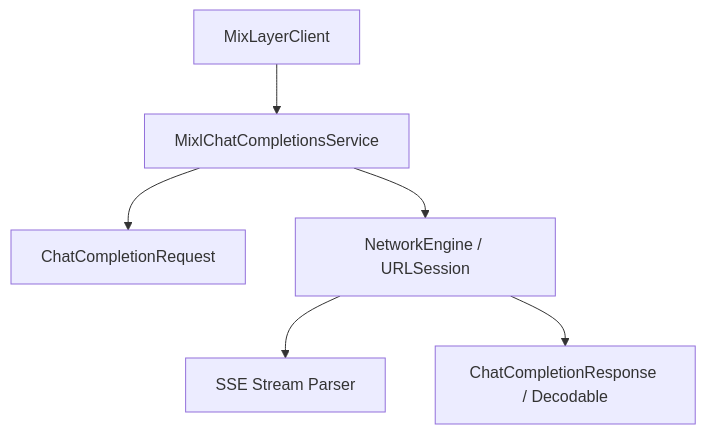
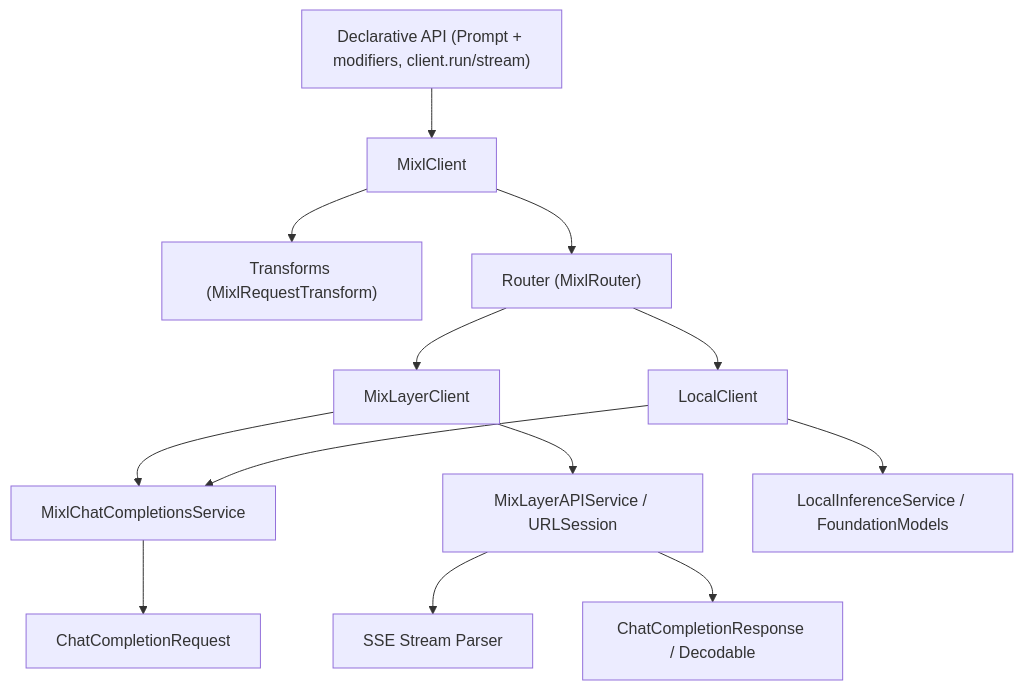
Before and after one commit to mutantsoup/mixl-swift: the diagram in AGENTS.md, drawn with Mermaid. The commit also changed other lines of this file and 14 other files, not shown here.

````diff
--- a/AGENTS.md
+++ b/AGENTS.md
@@ -28,8 +30,15 @@
 ```mermaid
 graph TD
-    Client[MixLayerClient] --> ChatService[MixlChatCompletionsService]
+    Declarative["Declarative API (Prompt + modifiers, client.run/stream)"] --> Orchestrator
+    Orchestrator[MixlClient] --> Transforms["Transforms (MixlRequestTransform)"]
+    Orchestrator --> Router["Router (MixlRouter)"]
+    Router --> Cloud[MixLayerClient]
+    Router --> Local[LocalClient]
+    Cloud --> ChatService[MixlChatCompletionsService]
+    Local --> ChatService
     ChatService --> RequestModel[ChatCompletionRequest]
-    ChatService --> NetworkEngine[NetworkEngine / URLSession]
+    Cloud --> NetworkEngine[MixLayerAPIService / URLSession]
+    Local --> FoundationModels[LocalInferenceService / FoundationModels]
     NetworkEngine --> StreamParser[SSE Stream Parser]
     NetworkEngine --> DecodableResponse[ChatCompletionResponse / Decodable]
 ```
````
